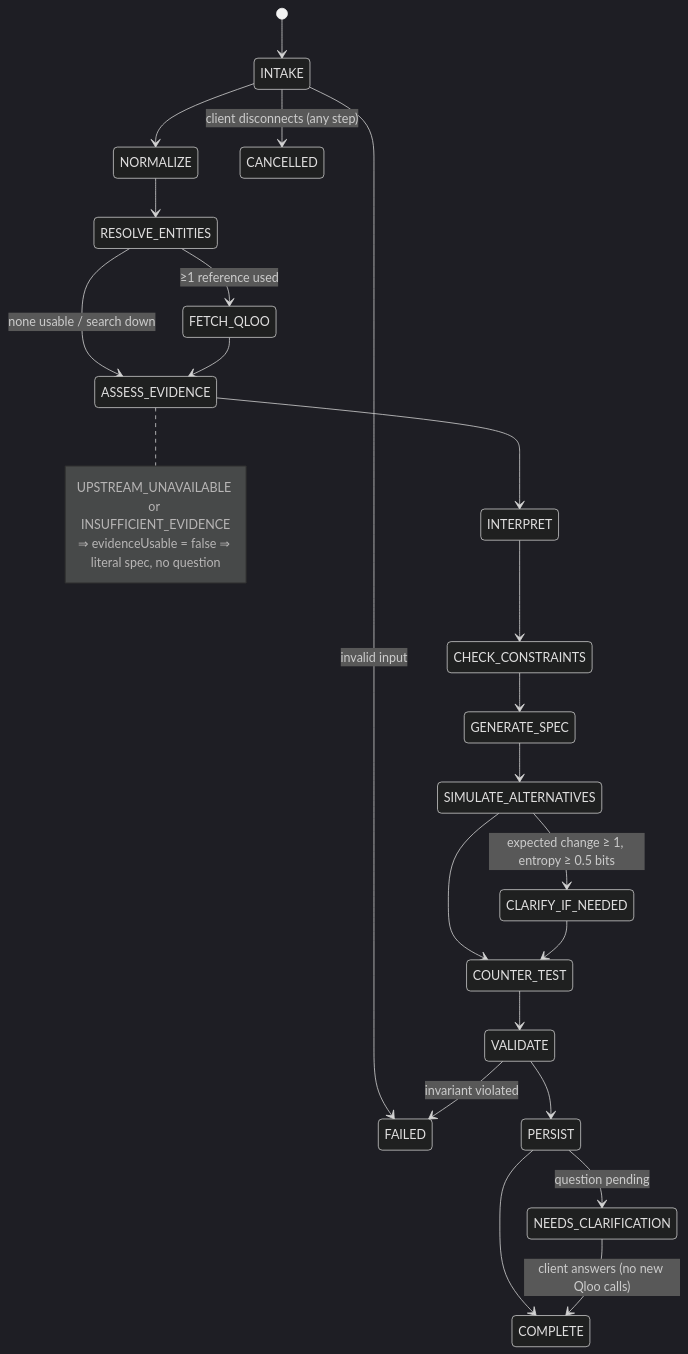
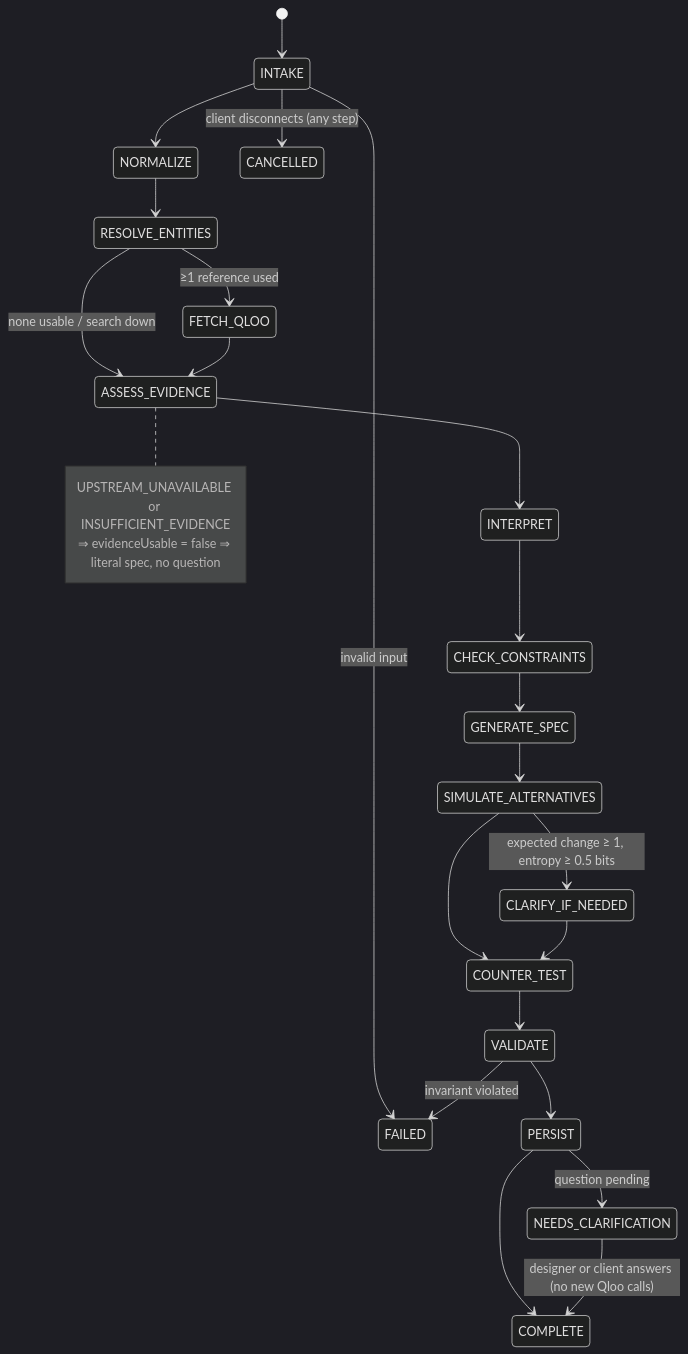
Before and after one commit to victrvondoom/qloo: the second of 4 diagrams in docs/ARCHITECTURE.md, drawn with Mermaid (dark theme). The commit also changed other lines of this file and 111 other files, not shown here.

````diff
--- a/docs/ARCHITECTURE.md
+++ b/docs/ARCHITECTURE.md
@@ -46,28 +72,28 @@
 ```mermaid
 stateDiagram-v2
   [*] --> INTAKE
   INTAKE --> NORMALIZE
   INTAKE --> FAILED: invalid input
   NORMALIZE --> RESOLVE_ENTITIES
   RESOLVE_ENTITIES --> FETCH_QLOO: ≥1 reference used
   RESOLVE_ENTITIES --> ASSESS_EVIDENCE: none usable / search down
   FETCH_QLOO --> ASSESS_EVIDENCE
   ASSESS_EVIDENCE --> INTERPRET
   note right of ASSESS_EVIDENCE
     UPSTREAM_UNAVAILABLE or INSUFFICIENT_EVIDENCE
     ⇒ evidenceUsable = false ⇒ literal spec, no question
   end note
   INTERPRET --> CHECK_CONSTRAINTS
   CHECK_CONSTRAINTS --> GENERATE_SPEC
   GENERATE_SPEC --> SIMULATE_ALTERNATIVES
   SIMULATE_ALTERNATIVES --> CLARIFY_IF_NEEDED: expected change ≥ 1, entropy ≥ 0.5 bits
   SIMULATE_ALTERNATIVES --> COUNTER_TEST
   CLARIFY_IF_NEEDED --> COUNTER_TEST
   COUNTER_TEST --> VALIDATE
   VALIDATE --> FAILED: invariant violated
   VALIDATE --> PERSIST
   PERSIST --> COMPLETE
   PERSIST --> NEEDS_CLARIFICATION: question pending
-  NEEDS_CLARIFICATION --> COMPLETE: client answers (no new Qloo calls)
+  NEEDS_CLARIFICATION --> COMPLETE: designer or client answers (no new Qloo calls)
   INTAKE --> CANCELLED: client disconnects (any step)
 ```
````
